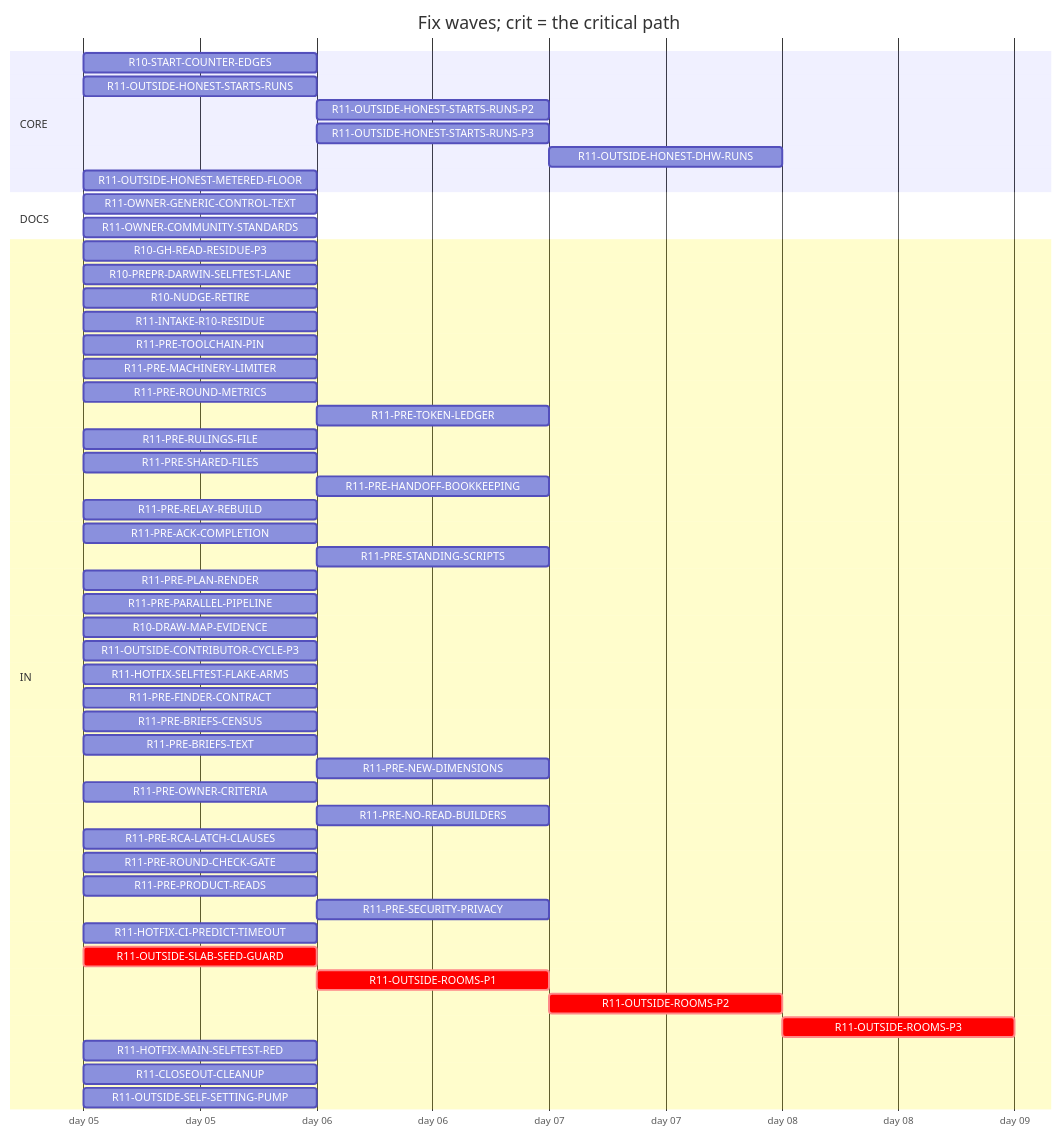
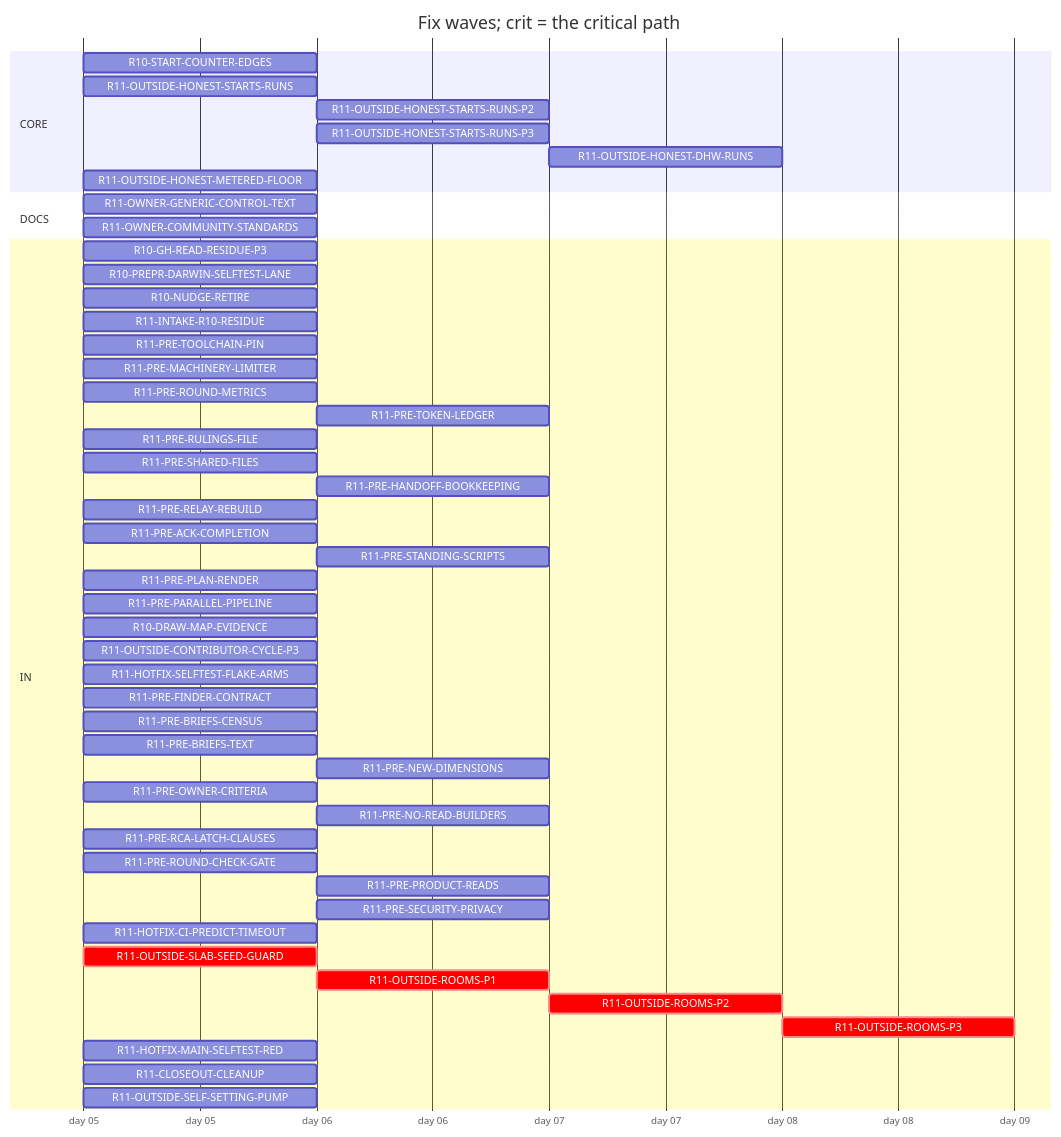
The diagram in handoff/round11/state/PLAN-TABLE.md (tvofi/heatpump_optimizer), drawn with Mermaid before and after one commit. The commit also changed other lines of this file and 4 other files, not shown here.

Commit message:
state: FLOW-BOARD.md, NEXT-SESSION-PROMPT.md, PLAN-TABLE.md, PLAN.html, RESUME-CURRENT.md regenerated (state_docs.py)

````diff
--- a/handoff/round11/state/PLAN-TABLE.md
+++ b/handoff/round11/state/PLAN-TABLE.md
@@ -16,54 +16,54 @@
 ```mermaid
 gantt
   title Fix waves; crit = the critical path
   dateFormat YYYY-MM-DD
   axisFormat day %d
   section CORE
     R10-START-COUNTER-EDGES :r10STARTCOUNTEREDGES, 2026-01-05, 1d
     R11-OUTSIDE-HONEST-STARTS-RUNS :r11OUTSIDEHONESTSTARTSRUNS, 2026-01-05, 1d
     R11-OUTSIDE-HONEST-STARTS-RUNS-P2 :r11OUTSIDEHONESTSTARTSRUNSP2, after r11OUTSIDEHONESTSTARTSRUNS, 1d
     R11-OUTSIDE-HONEST-STARTS-RUNS-P3 :r11OUTSIDEHONESTSTARTSRUNSP3, after r11OUTSIDEHONESTSTARTSRUNS, 1d
     R11-OUTSIDE-HONEST-DHW-RUNS :r11OUTSIDEHONESTDHWRUNS, after r11OUTSIDEHONESTSTARTSRUNS r11OUTSIDEHONESTSTARTSRUNSP2, 1d
     R11-OUTSIDE-HONEST-METERED-FLOOR :r11OUTSIDEHONESTMETEREDFLOOR, 2026-01-05, 1d
   section DOCS
     R11-OWNER-GENERIC-CONTROL-TEXT :r11OWNERGENERICCONTROLTEXT, 2026-01-05, 1d
     R11-OWNER-COMMUNITY-STANDARDS :r11OWNERCOMMUNITYSTANDARDS, 2026-01-05, 1d
   section IN
     R10-GH-READ-RESIDUE-P3 :r10GHREADRESIDUEP3, 2026-01-05, 1d
     R10-PREPR-DARWIN-SELFTEST-LANE :r10PREPRDARWINSELFTESTLANE, 2026-01-05, 1d
     R10-NUDGE-RETIRE :r10NUDGERETIRE, 2026-01-05, 1d
     R11-INTAKE-R10-RESIDUE :r11INTAKER10RESIDUE, 2026-01-05, 1d
     R11-PRE-TOOLCHAIN-PIN :r11PRETOOLCHAINPIN, 2026-01-05, 1d
     R11-PRE-MACHINERY-LIMITER :r11PREMACHINERYLIMITER, 2026-01-05, 1d
     R11-PRE-ROUND-METRICS :r11PREROUNDMETRICS, 2026-01-05, 1d
     R11-PRE-TOKEN-LEDGER :r11PRETOKENLEDGER, after r10GHREADRESIDUEP3, 1d
     R11-PRE-RULINGS-FILE :r11PRERULINGSFILE, 2026-01-05, 1d
     R11-PRE-SHARED-FILES :r11PRESHAREDFILES, 2026-01-05, 1d
     R11-PRE-HANDOFF-BOOKKEEPING :r11PREHANDOFFBOOKKEEPING, after r11PRERELAYREBUILD, 1d
     R11-PRE-RELAY-REBUILD :r11PRERELAYREBUILD, 2026-01-05, 1d
     R11-PRE-ACK-COMPLETION :r11PREACKCOMPLETION, 2026-01-05, 1d
     R11-PRE-STANDING-SCRIPTS :r11PRESTANDINGSCRIPTS, after r11PREPARALLELPIPELINE, 1d
     R11-PRE-PLAN-RENDER :r11PREPLANRENDER, 2026-01-05, 1d
     R11-PRE-PARALLEL-PIPELINE :r11PREPARALLELPIPELINE, 2026-01-05, 1d
     R10-DRAW-MAP-EVIDENCE :r10DRAWMAPEVIDENCE, 2026-01-05, 1d
     R11-OUTSIDE-CONTRIBUTOR-CYCLE-P3 :r11OUTSIDECONTRIBUTORCYCLEP3, 2026-01-05, 1d
     R11-HOTFIX-SELFTEST-FLAKE-ARMS :r11HOTFIXSELFTESTFLAKEARMS, 2026-01-05, 1d
     R11-PRE-FINDER-CONTRACT :r11PREFINDERCONTRACT, 2026-01-05, 1d
     R11-PRE-BRIEFS-CENSUS :r11PREBRIEFSCENSUS, 2026-01-05, 1d
     R11-PRE-BRIEFS-TEXT :r11PREBRIEFSTEXT, 2026-01-05, 1d
     R11-PRE-NEW-DIMENSIONS :r11PRENEWDIMENSIONS, after r11PREFINDERCONTRACT r11PREBRIEFSCENSUS, 1d
     R11-PRE-OWNER-CRITERIA :r11PREOWNERCRITERIA, 2026-01-05, 1d
     R11-PRE-NO-READ-BUILDERS :r11PRENOREADBUILDERS, after r11PREMACHINERYLIMITER, 1d
     R11-PRE-RCA-LATCH-CLAUSES :r11PRERCALATCHCLAUSES, 2026-01-05, 1d
     R11-PRE-ROUND-CHECK-GATE :r11PREROUNDCHECKGATE, 2026-01-05, 1d
-    R11-PRE-PRODUCT-READS :r11PREPRODUCTREADS, 2026-01-05, 1d
+    R11-PRE-PRODUCT-READS :r11PREPRODUCTREADS, after r11PREBRIEFSCENSUS, 1d
     R11-PRE-SECURITY-PRIVACY :r11PRESECURITYPRIVACY, after r11PREFINDERCONTRACT r11PREBRIEFSCENSUS, 1d
     R11-HOTFIX-CI-PREDICT-TIMEOUT :r11HOTFIXCIPREDICTTIMEOUT, 2026-01-05, 1d
     R11-OUTSIDE-SLAB-SEED-GUARD :crit, r11OUTSIDESLABSEEDGUARD, 2026-01-05, 1d
     R11-OUTSIDE-ROOMS-P1 :crit, r11OUTSIDEROOMSP1, after r11OUTSIDESLABSEEDGUARD, 1d
     R11-OUTSIDE-ROOMS-P2 :crit, r11OUTSIDEROOMSP2, after r11OUTSIDEROOMSP1, 1d
     R11-OUTSIDE-ROOMS-P3 :crit, r11OUTSIDEROOMSP3, after r11OUTSIDEROOMSP2, 1d
     R11-HOTFIX-MAIN-SELFTEST-RED :r11HOTFIXMAINSELFTESTRED, 2026-01-05, 1d
     R11-CLOSEOUT-CLEANUP :r11CLOSEOUTCLEANUP, 2026-01-05, 1d
     R11-OUTSIDE-SELF-SETTING-PUMP :r11OUTSIDESELFSETTINGPUMP, 2026-01-05, 1d
 ```
````
